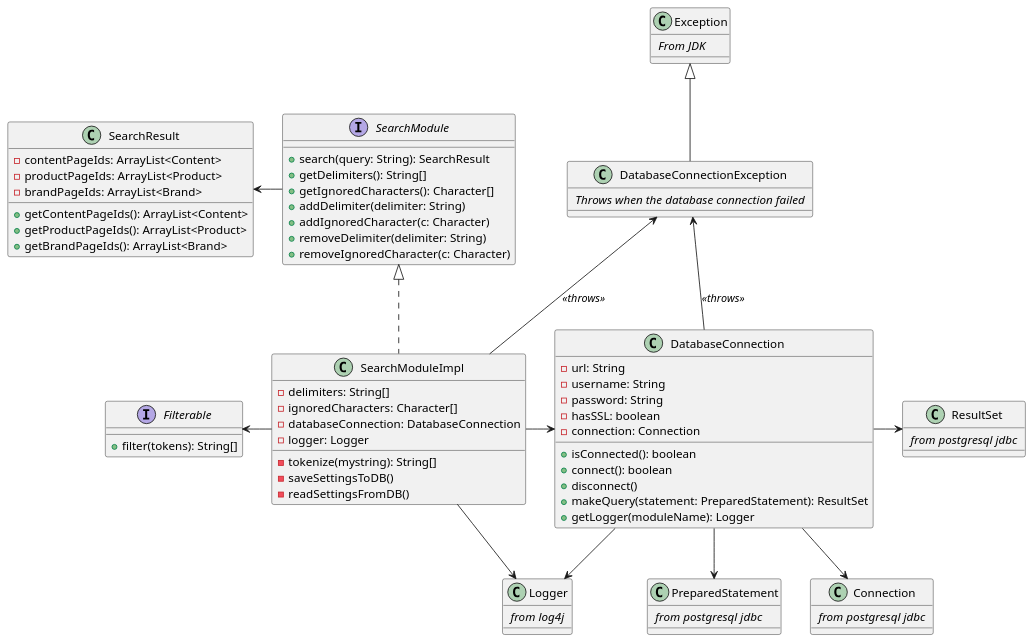
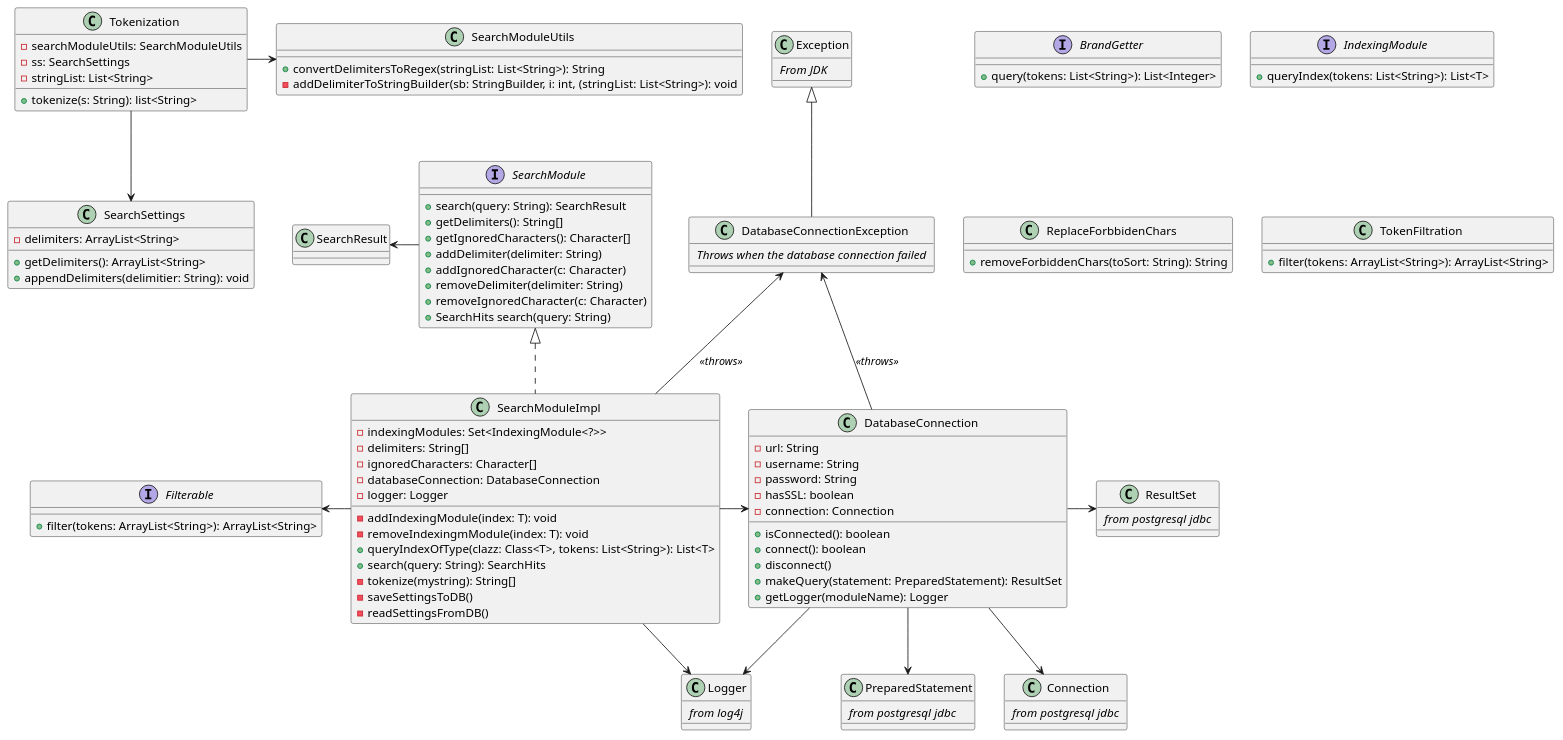
Before and after one commit to LangeHenrik/SDU-SE-F22: the diagram in src/main/java/dk/sdu/se_f22/searchmodule/infrastructure/diagrams/classdiagram.puml, drawn with PlantUML.

Commit message:
Updated teh UML-diagram for SEM1-Infrastrucutre

```diff
--- a/src/main/java/dk/sdu/se_f22/searchmodule/infrastructure/diagrams/classdiagram.puml
+++ b/src/main/java/dk/sdu/se_f22/searchmodule/infrastructure/diagrams/classdiagram.puml
@@ -1,93 +1,128 @@
 @startuml
 
+interface BrandGetter {
+    + query(tokens: List<String>): List<Integer>
+}
+
 interface Filterable {
-    + filter(tokens): String[]
+    + filter(tokens: ArrayList<String>): ArrayList<String>
 }
+
+interface IndexingModule {
+    + queryIndex(tokens: List<String>): List<T>
+}
+
 
 interface SearchModule {
     + search(query: String): SearchResult
     + getDelimiters(): String[]
     + getIgnoredCharacters(): Character[]
     + addDelimiter(delimiter: String)
     + addIgnoredCharacter(c: Character)
     + removeDelimiter(delimiter: String)
     + removeIgnoredCharacter(c: Character)
+    + SearchHits search(query: String)
+}
+
+class ReplaceForbbidenChars {
+    + removeForbiddenChars(toSort: String): String
+}
+
+class SearchModuleImpl implements SearchModule {
+    - indexingModules: Set<IndexingModule<?>>
+    - delimiters: String[]
+    - ignoredCharacters: Character[]
+    - databaseConnection: DatabaseConnection
+    - logger: Logger
+    - addIndexingModule(index: T): void
+    - removeIndexingmModule(index: T): void
+    + queryIndexOfType(clazz: Class<T>, tokens: List<String>): List<T>
+    + search(query: String): SearchHits
+    - tokenize(mystring): String[]
+    - saveSettingsToDB()
+    - readSettingsFromDB()
+}
+
+class SearchModuleUtils {
+    + convertDelimitersToRegex(stringList: List<String>): String
+    - addDelimiterToStringBuilder(sb: StringBuilder, i: int, (stringList: List<String>): void
+}
+
+class SearchSettings {
+    - delimiters: ArrayList<String>
+    + getDelimiters(): ArrayList<String>
+    + appendDelimiters(delimitier: String): void
+}
+
+class TokenFiltration {
+    +filter(tokens: ArrayList<String>): ArrayList<String>
+}
+
+class Tokenization {
+    - searchModuleUtils: SearchModuleUtils
+    - ss: SearchSettings
+    - stringList: List<String>
+    +tokenize(s: String): list<String>
 }
 
 class DatabaseConnection {
     - url: String
     - username: String
     - password: String
     - hasSSL: boolean
     - connection: Connection
 
     + isConnected(): boolean
     + connect(): boolean
     + disconnect()
     + makeQuery(statement: PreparedStatement): ResultSet
     ' see https://stackoverflow.com/a/36710057
     + getLogger(moduleName): Logger
 }
 
 class Exception {
     // From JDK //
 }
 
 class DatabaseConnectionException extends Exception {
     // Throws when the database connection failed //
 }
 
-class SearchModuleImpl implements SearchModule {
-    - delimiters: String[]
-    - ignoredCharacters: Character[]
-    - databaseConnection: DatabaseConnection
-    - logger: Logger
-    - tokenize(mystring): String[]
-    - saveSettingsToDB()
-    - readSettingsFromDB()
-}
-
-class SearchResult {
-    - contentPageIds: ArrayList<Content>
-    - productPageIds: ArrayList<Product>
-    - brandPageIds: ArrayList<Brand>
-    + getContentPageIds(): ArrayList<Content>
-    + getProductPageIds(): ArrayList<Product>
-    + getBrandPageIds(): ArrayList<Brand>
-}
 
 class Connection {
     // from postgresql jdbc //
 }
 
 class PreparedStatement {
     // from postgresql jdbc //
 }
 
 class ResultSet {
     // from postgresql jdbc //
 }
 
 class Logger {
     // from log4j //
 }
 
+Tokenization -> SearchModuleUtils
+Tokenization --> SearchSettings
 SearchResult <- SearchModule
 Filterable <- SearchModuleImpl
 SearchModuleImpl -> DatabaseConnection
 DatabaseConnectionException <-- DatabaseConnection: //<<throws>>//
 DatabaseConnectionException <-- SearchModuleImpl: //<<throws>>//
 
 SearchModuleImpl --> Logger
 DatabaseConnection -> Logger
 
 DatabaseConnection -> ResultSet
 DatabaseConnection -> PreparedStatement
 DatabaseConnection -> Connection
 
 ResultSet --[hidden]> PreparedStatement
 PreparedStatement -[hidden]> Connection
 
 
 
 @enduml
```
